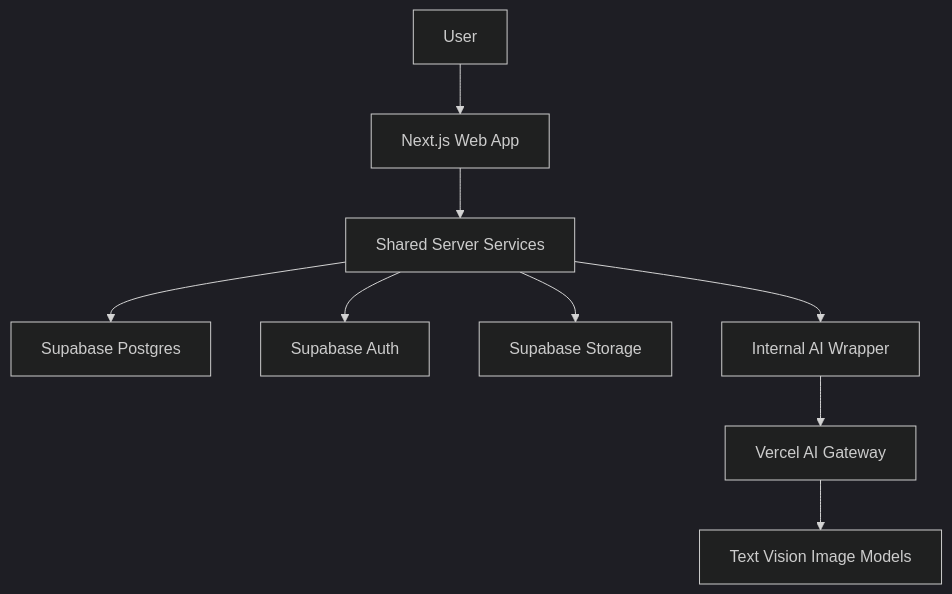
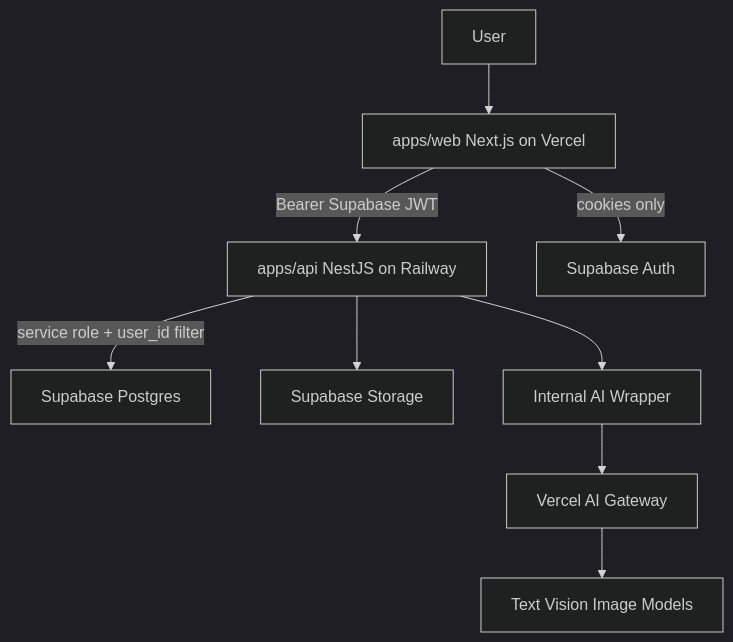
Before and after one commit to phuonganh412/fridge2recipe: the first of 2 diagrams in docs/architecture.md, drawn with Mermaid (dark theme). The commit also changed other lines of this file and 67 other files, not shown here.

````diff
--- a/docs/architecture.md
+++ b/docs/architecture.md
@@ -7,11 +11,11 @@
 ```mermaid
 flowchart TD
-  user[User] --> web[Next.js Web App]
-  web --> services[Shared Server Services]
-  services --> db[Supabase Postgres]
-  services --> auth[Supabase Auth]
-  services --> storage[Supabase Storage]
-  services --> aiWrapper[Internal AI Wrapper]
+  user[User] --> web[apps/web Next.js on Vercel]
+  web -->|"Bearer Supabase JWT"| api[apps/api NestJS on Railway]
+  web -->|"cookies only"| auth[Supabase Auth]
+  api -->|"service role + user_id filter"| db[Supabase Postgres]
+  api --> storage[Supabase Storage]
+  api --> aiWrapper[Internal AI Wrapper]
   aiWrapper --> gateway[Vercel AI Gateway]
   gateway --> models[Text Vision Image Models]
 ```
````
